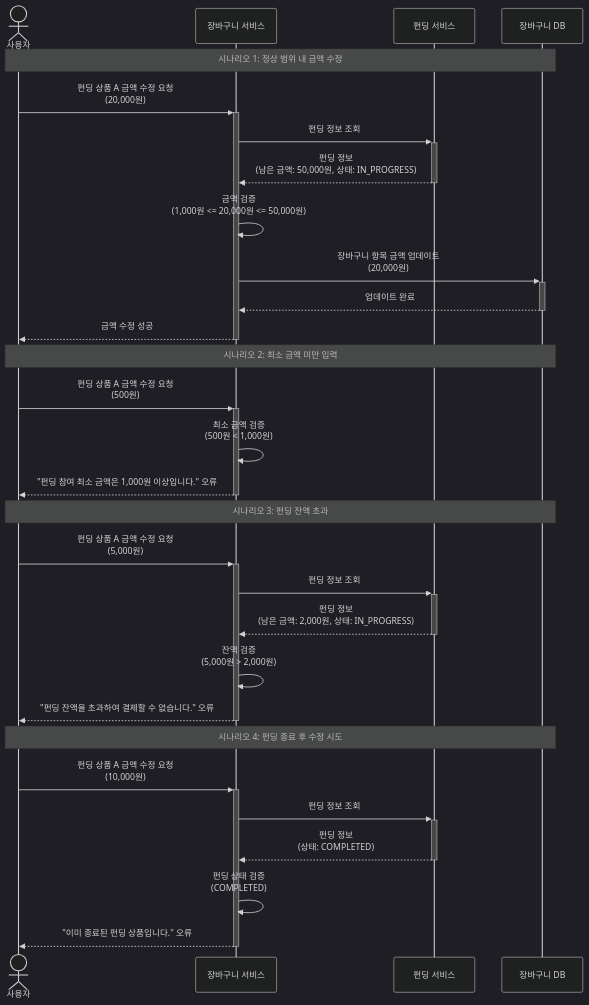
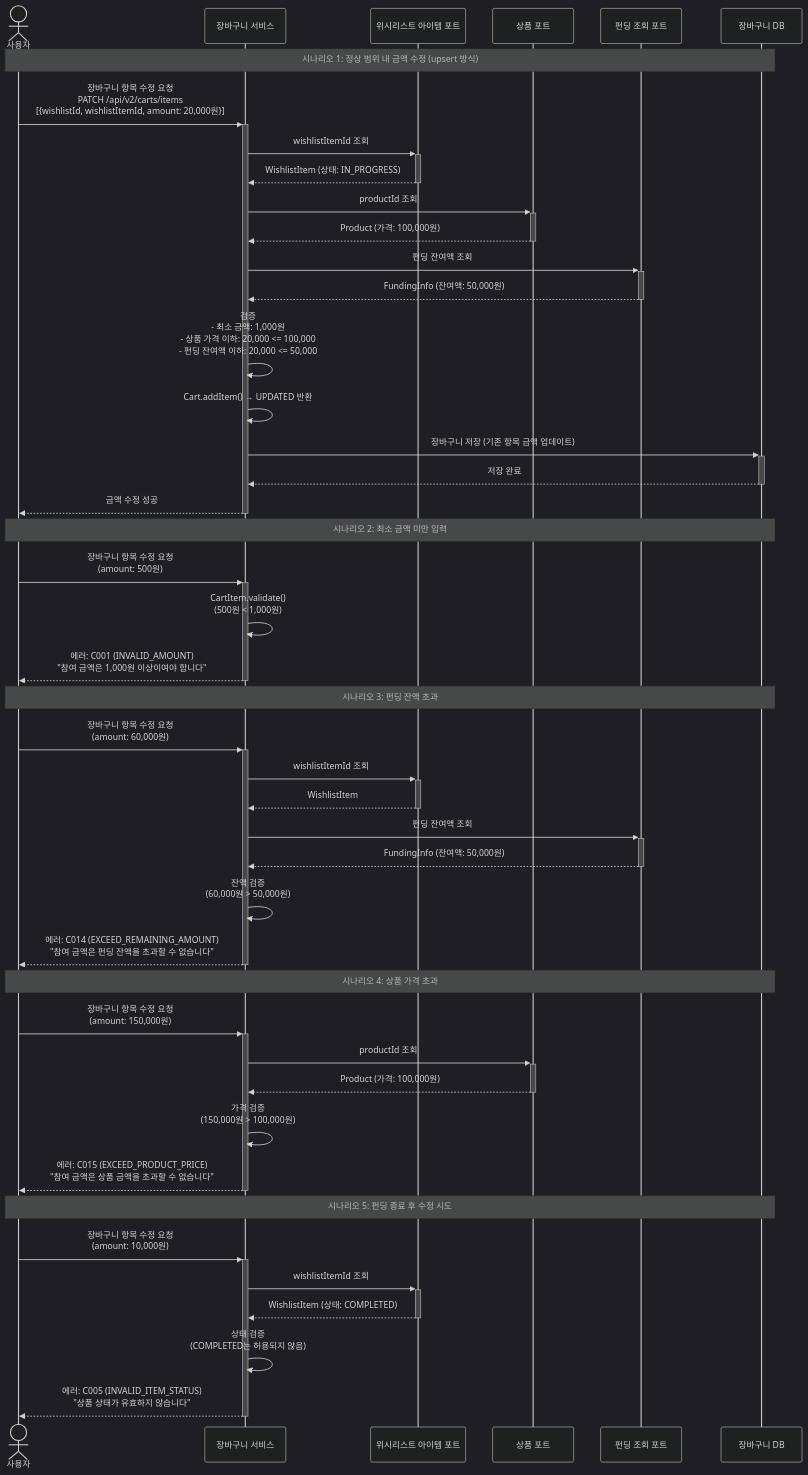
One commit to prgrms-be-adv-devcourse/beadv4_4_Team201_BE changed the diagram in docs/sequences/4.12-cart-amount-edit.md. Above: the diagram before and after it, drawn with Mermaid (dark theme). The commit also changed other lines of this file and 48 other files, not shown here.

````diff
--- a/docs/sequences/4.12-cart-amount-edit.md
+++ b/docs/sequences/4.12-cart-amount-edit.md
@@ -5,48 +5,71 @@
 ```mermaid
 sequenceDiagram
     actor User as 사용자
     participant CartService as 장바구니 서비스
-    participant FundingService as 펀딩 서비스
+    participant WishlistItemPort as 위시리스트 아이템 포트
+    participant ProductPort as 상품 포트
+    participant FundingQueryPort as 펀딩 조회 포트
     participant CartDB as 장바구니 DB
 
-    Note over User,CartDB: 시나리오 1: 정상 범위 내 금액 수정
+    Note over User,CartDB: 시나리오 1: 정상 범위 내 금액 수정 (upsert 방식)
 
-    User->>+CartService: 펀딩 상품 A 금액 수정 요청<br/>(20,000원)
-    CartService->>+FundingService: 펀딩 정보 조회
-    FundingService-->>-CartService: 펀딩 정보<br/>(남은 금액: 50,000원, 상태: IN_PROGRESS)
+    User->>+CartService: 장바구니 항목 수정 요청<br/>PATCH /api/v2/carts/items<br/>[{wishlistId, wishlistItemId, amount: 20,000원}]
+    CartService->>+WishlistItemPort: wishlistItemId 조회
+    WishlistItemPort-->>-CartService: WishlistItem (상태: IN_PROGRESS)
 
-    CartService->>CartService: 금액 검증<br/>(1,000원 <= 20,000원 <= 50,000원)
+    CartService->>+ProductPort: productId 조회
+    ProductPort-->>-CartService: Product (가격: 100,000원)
 
-    CartService->>+CartDB: 장바구니 항목 금액 업데이트<br/>(20,000원)
-    CartDB-->>-CartService: 업데이트 완료
+    CartService->>+FundingQueryPort: 펀딩 잔여액 조회
+    FundingQueryPort-->>-CartService: FundingInfo (잔여액: 50,000원)
+
+    CartService->>CartService: 검증<br/>- 최소 금액: 1,000원<br/>- 상품 가격 이하: 20,000 <= 100,000<br/>- 펀딩 잔여액 이하: 20,000 <= 50,000
+
+    CartService->>CartService: Cart.addItem() → UPDATED 반환
+
+    CartService->>+CartDB: 장바구니 저장 (기존 항목 금액 업데이트)
+    CartDB-->>-CartService: 저장 완료
 
     CartService-->>-User: 금액 수정 성공
 
     Note over User,CartDB: 시나리오 2: 최소 금액 미만 입력
 
-    User->>+CartService: 펀딩 상품 A 금액 수정 요청<br/>(500원)
+    User->>+CartService: 장바구니 항목 수정 요청<br/>(amount: 500원)
 
-    CartService->>CartService: 최소 금액 검증<br/>(500원 < 1,000원)
+    CartService->>CartService: CartItem.validate()<br/>(500원 < 1,000원)
 
-    CartService-->>-User: "펀딩 참여 최소 금액은 1,000원 이상입니다." 오류
+    CartService-->>-User: 에러: C001 (INVALID_AMOUNT)<br/>"참여 금액은 1,000원 이상이여야 합니다"
 
     Note over User,CartDB: 시나리오 3: 펀딩 잔액 초과
 
-    User->>+CartService: 펀딩 상품 A 금액 수정 요청<br/>(5,000원)
-    CartService->>+FundingService: 펀딩 정보 조회
-    FundingService-->>-CartService: 펀딩 정보<br/>(남은 금액: 2,000원, 상태: IN_PROGRESS)
+    User->>+CartService: 장바구니 항목 수정 요청<br/>(amount: 60,000원)
+    CartService->>+WishlistItemPort: wishlistItemId 조회
+    WishlistItemPort-->>-CartService: WishlistItem
 
-    CartService->>CartService: 잔액 검증<br/>(5,000원 > 2,000원)
+    CartService->>+FundingQueryPort: 펀딩 잔여액 조회
+    FundingQueryPort-->>-CartService: FundingInfo (잔여액: 50,000원)
 
-    CartService-->>-User: "펀딩 잔액을 초과하여 결제할 수 없습니다." 오류
+    CartService->>CartService: 잔액 검증<br/>(60,000원 > 50,000원)
 
-    Note over User,CartDB: 시나리오 4: 펀딩 종료 후 수정 시도
+    CartService-->>-User: 에러: C014 (EXCEED_REMAINING_AMOUNT)<br/>"참여 금액은 펀딩 잔액을 초과할 수 없습니다"
 
-    User->>+CartService: 펀딩 상품 A 금액 수정 요청<br/>(10,000원)
-    CartService->>+FundingService: 펀딩 정보 조회
-    FundingService-->>-CartService: 펀딩 정보<br/>(상태: COMPLETED)
+    Note over User,CartDB: 시나리오 4: 상품 가격 초과
 
-    CartService->>CartService: 펀딩 상태 검증<br/>(COMPLETED)
+    User->>+CartService: 장바구니 항목 수정 요청<br/>(amount: 150,000원)
+    CartService->>+ProductPort: productId 조회
+    ProductPort-->>-CartService: Product (가격: 100,000원)
 
-    CartService-->>-User: "이미 종료된 펀딩 상품입니다." 오류
+    CartService->>CartService: 가격 검증<br/>(150,000원 > 100,000원)
+
+    CartService-->>-User: 에러: C015 (EXCEED_PRODUCT_PRICE)<br/>"참여 금액은 상품 금액을 초과할 수 없습니다"
+
+    Note over User,CartDB: 시나리오 5: 펀딩 종료 후 수정 시도
+
+    User->>+CartService: 장바구니 항목 수정 요청<br/>(amount: 10,000원)
+    CartService->>+WishlistItemPort: wishlistItemId 조회
+    WishlistItemPort-->>-CartService: WishlistItem (상태: COMPLETED)
+
+    CartService->>CartService: 상태 검증<br/>(COMPLETED는 허용되지 않음)
+
+    CartService-->>-User: 에러: C005 (INVALID_ITEM_STATUS)<br/>"상품 상태가 유효하지 않습니다"
 ```
````
